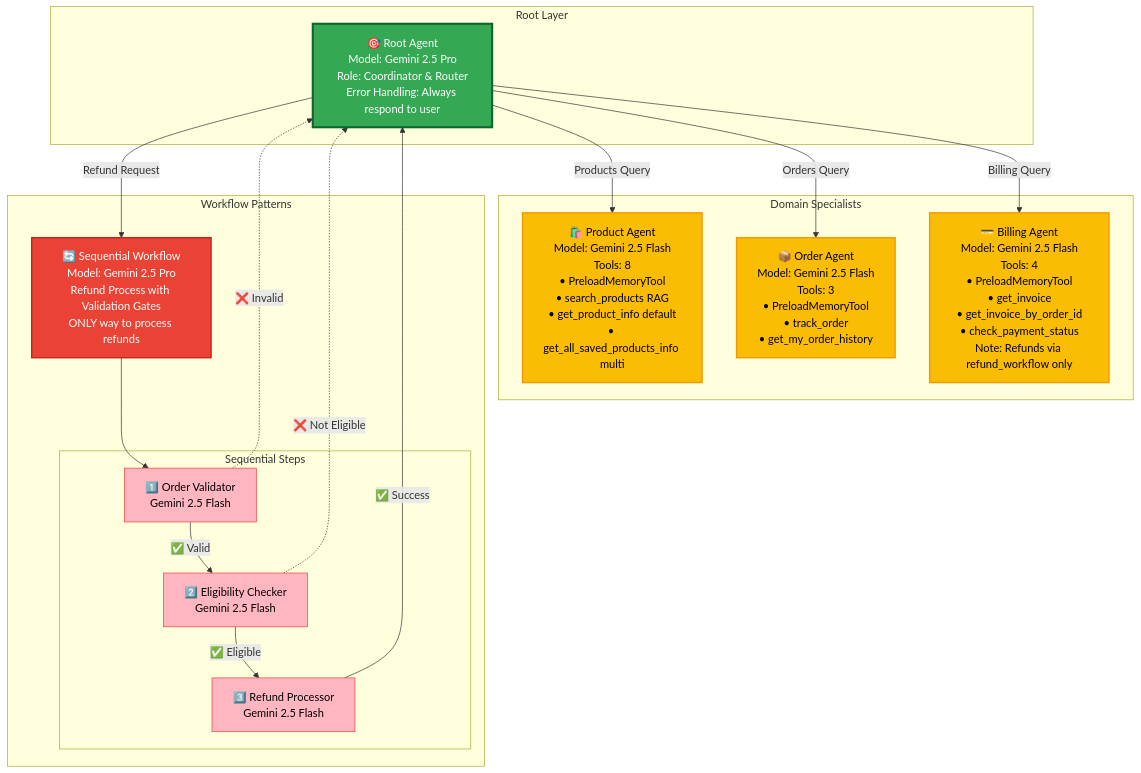
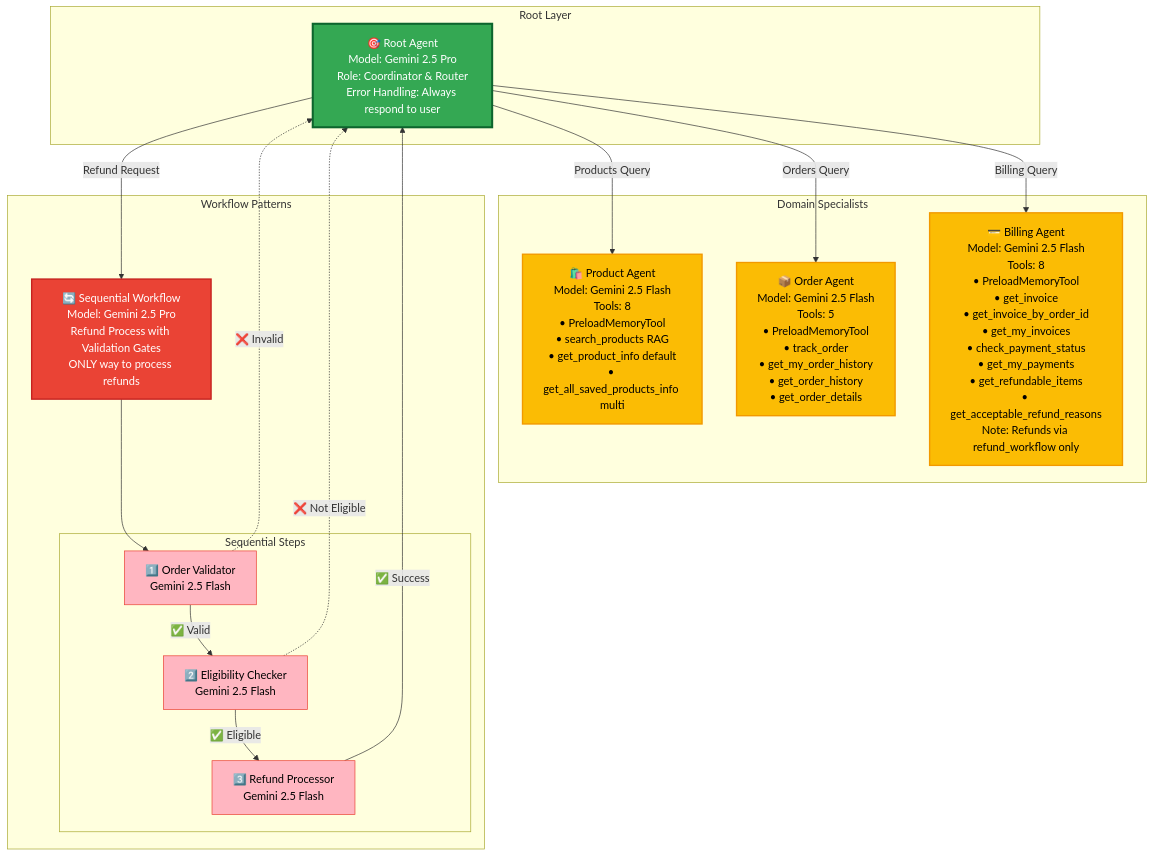
The diagram in docs/diagrams/agent-hierarchy.mmd (Saoussen-CH/adk-multiagent-production-template), drawn with Mermaid before and after one commit. The commit also changed 5 other files, not shown here.

Commit message:
docs: update diagrams — fix tool counts, callback name, add missing tools [skip ci]

```diff
--- a/docs/diagrams/agent-hierarchy.mmd
+++ b/docs/diagrams/agent-hierarchy.mmd
@@ -1,47 +1,47 @@
 %% Multi-Agent Hierarchy - Agent Structure
 %% Google Cloud Platform Style
 
 graph TD
     subgraph "Root Layer"
         Root[🎯 Root Agent<br/>Model: Gemini 2.5 Pro<br/>Role: Coordinator & Router<br/>Error Handling: Always respond to user]
     end
 
     subgraph "Domain Specialists"
         Product[🛍️ Product Agent<br/>Model: Gemini 2.5 Flash<br/>Tools: 8<br/>• PreloadMemoryTool<br/>• search_products RAG<br/>• get_product_info default<br/>• get_all_saved_products_info multi]
 
-        Order[📦 Order Agent<br/>Model: Gemini 2.5 Flash<br/>Tools: 3<br/>• PreloadMemoryTool<br/>• track_order<br/>• get_my_order_history]
+        Order[📦 Order Agent<br/>Model: Gemini 2.5 Flash<br/>Tools: 5<br/>• PreloadMemoryTool<br/>• track_order<br/>• get_my_order_history<br/>• get_order_history<br/>• get_order_details]
 
-        Billing[💳 Billing Agent<br/>Model: Gemini 2.5 Flash<br/>Tools: 4<br/>• PreloadMemoryTool<br/>• get_invoice<br/>• get_invoice_by_order_id<br/>• check_payment_status<br/>Note: Refunds via refund_workflow only]
+        Billing[💳 Billing Agent<br/>Model: Gemini 2.5 Flash<br/>Tools: 8<br/>• PreloadMemoryTool<br/>• get_invoice<br/>• get_invoice_by_order_id<br/>• get_my_invoices<br/>• check_payment_status<br/>• get_my_payments<br/>• get_refundable_items<br/>• get_acceptable_refund_reasons<br/>Note: Refunds via refund_workflow only]
     end
 
     subgraph "Workflow Patterns"
         Sequential[🔄 Sequential Workflow<br/>Model: Gemini 2.5 Pro<br/>Refund Process with Validation Gates<br/>ONLY way to process refunds]
 
         subgraph "Sequential Steps"
             S1[1️⃣ Order Validator<br/>Gemini 2.5 Flash]
             S2[2️⃣ Eligibility Checker<br/>Gemini 2.5 Flash]
             S3[3️⃣ Refund Processor<br/>Gemini 2.5 Flash]
         end
     end
 
     Root -->|Products Query| Product
     Root -->|Orders Query| Order
     Root -->|Billing Query| Billing
     Root -->|Refund Request| Sequential
 
     Sequential --> S1
     S1 -->|✅ Valid| S2
     S2 -->|✅ Eligible| S3
     S3 -->|✅ Success| Root
 
     S1 -.->|❌ Invalid| Root
     S2 -.->|❌ Not Eligible| Root
 
     style Root fill:#34A853,stroke:#0D652D,color:#fff,stroke-width:3px
     style Product fill:#FBBC04,stroke:#F29900,color:#000,stroke-width:2px
     style Order fill:#FBBC04,stroke:#F29900,color:#000,stroke-width:2px
     style Billing fill:#FBBC04,stroke:#F29900,color:#000,stroke-width:2px
     style Sequential fill:#EA4335,stroke:#C5221F,color:#fff,stroke-width:2px
     style S1 fill:#FFB6C1,stroke:#EA4335,color:#000
     style S2 fill:#FFB6C1,stroke:#EA4335,color:#000
     style S3 fill:#FFB6C1,stroke:#EA4335,color:#000
```
